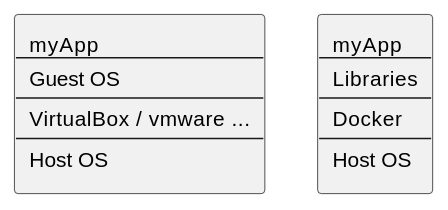
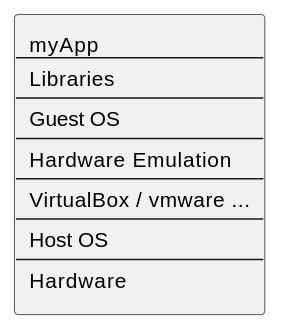
Before and after one commit to htl-leonding-college/docker-lecture-notes: the second of 3 diagrams in asciidocs/docker.adoc, drawn with PlantUML. The commit also changed other lines of this file and 15 other files, not shown here.

```diff
--- a/asciidocs/docker.adoc
+++ b/asciidocs/docker.adoc
@@ -52,25 +78,20 @@
 [plantuml,virt,png]
 ----
 @startuml
 
 rectangle fatvirt [
 myApp
 ---
+Libraries
+---
 Guest OS
+---
+Hardware Emulation
 ---
 VirtualBox / vmware ...
 ---
 Host OS
+---
+Hardware
 ]
-
-rectangle docker [
-myApp
----
-Libraries
----
-Docker
----
-Host OS
-]
-@enduml
 ----
```
